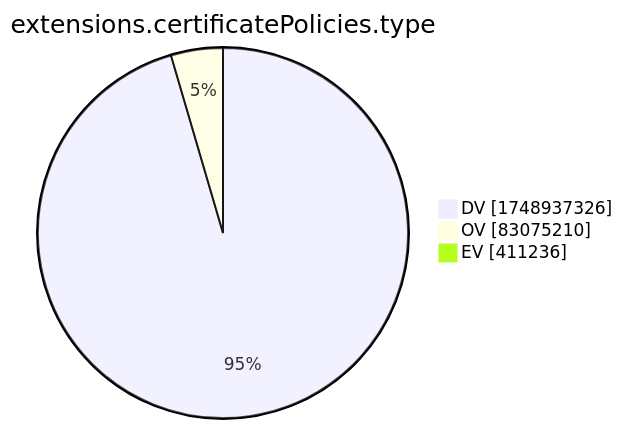
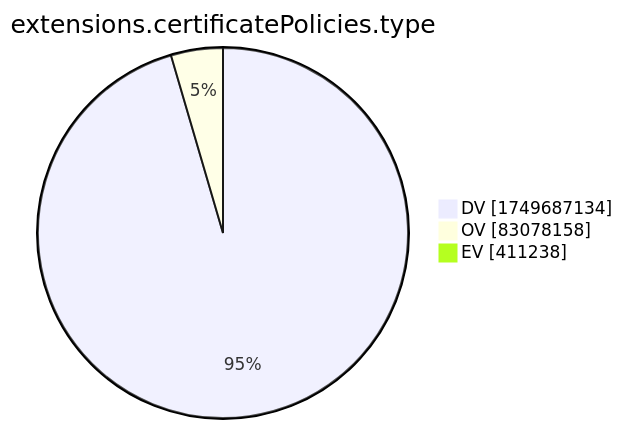
Before and after one commit to christiankrug/ctmonitor_visualization: the tenth of 15 diagrams in xenon2022/README.md, drawn with Mermaid. The commit also changed other lines of this file, not shown here.

````diff
--- a/xenon2022/README.md
+++ b/xenon2022/README.md
@@ -2881,7 +2881,7 @@
 ```mermaid
 pie showData
 title extensions.certificatePolicies.type
-"DV" :1748937326
-"OV" :83075210
-"EV" :411236
+"DV" :1749687134
+"OV" :83078158
+"EV" :411238
 ```
````
